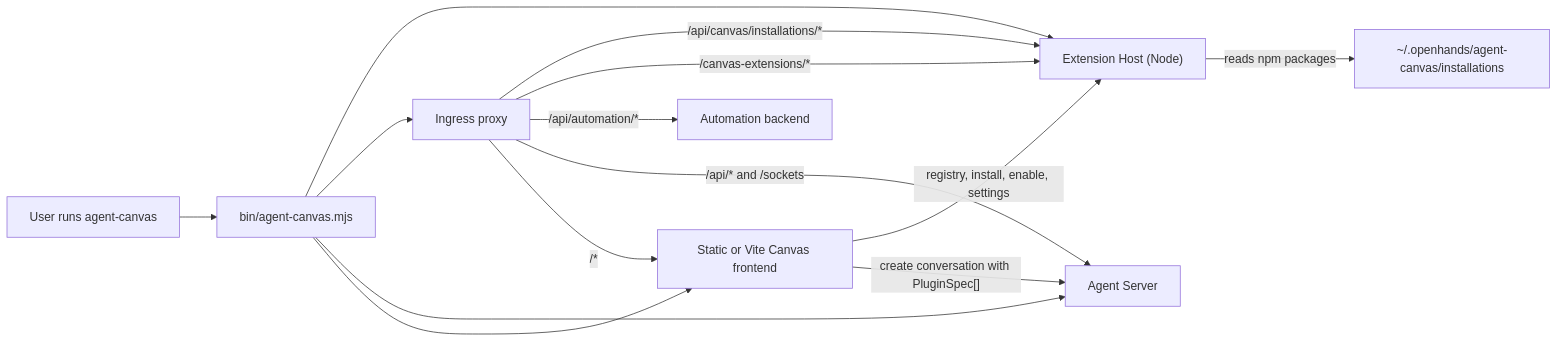
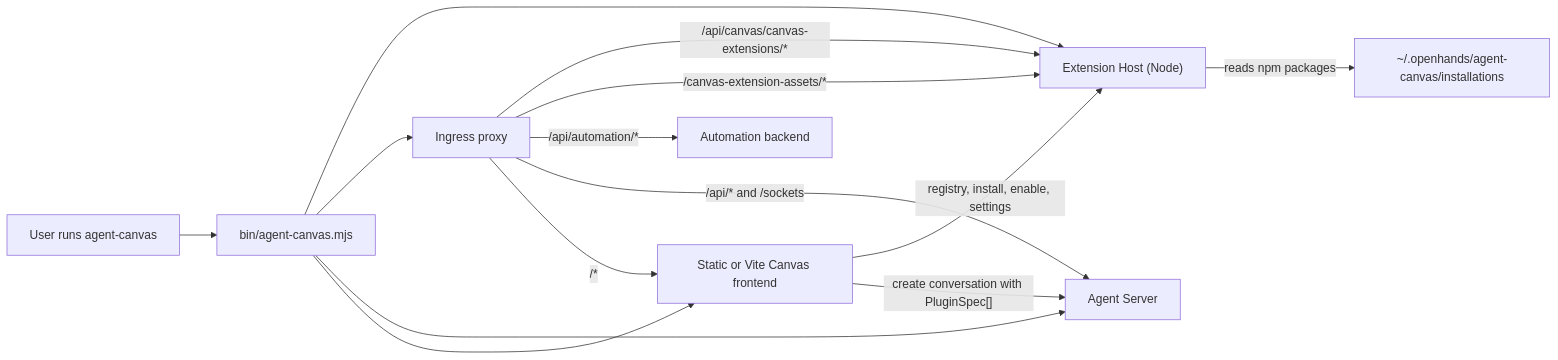
Before and after one commit to OpenHands/agent-canvas: the diagram in docs/ExtensionsSystemRFC.md, drawn with Mermaid. The commit also changed other lines of this file and 2 other files, not shown here.

Commit message:
Clarify Canvas Extensions surfaces

````diff
--- a/docs/ExtensionsSystemRFC.md
+++ b/docs/ExtensionsSystemRFC.md
@@ -77,18 +79,18 @@
 ```mermaid
 flowchart LR
   User["User runs agent-canvas"] --> CLI["bin/agent-canvas.mjs"]
   CLI --> Host["Extension Host (Node)"]
   CLI --> Ingress["Ingress proxy"]
   CLI --> AS["Agent Server"]
   CLI --> UI["Static or Vite Canvas frontend"]
 
-  Ingress -->|"/api/canvas/installations/*"| Host
-  Ingress -->|"/canvas-extensions/*"| Host
+  Ingress -->|"/api/canvas/canvas-extensions/*"| Host
+  Ingress -->|"/canvas-extension-assets/*"| Host
   Ingress -->|"/api/automation/*"| Automation["Automation backend"]
   Ingress -->|"/api/* and /sockets"| AS
   Ingress -->|"/*"| UI
 
   UI -->|"registry, install, enable, settings"| Host
   UI -->|"create conversation with PluginSpec[]"| AS
   Host -->|"reads npm packages"| Store["~/.openhands/agent-canvas/installations"]
 ```
````
